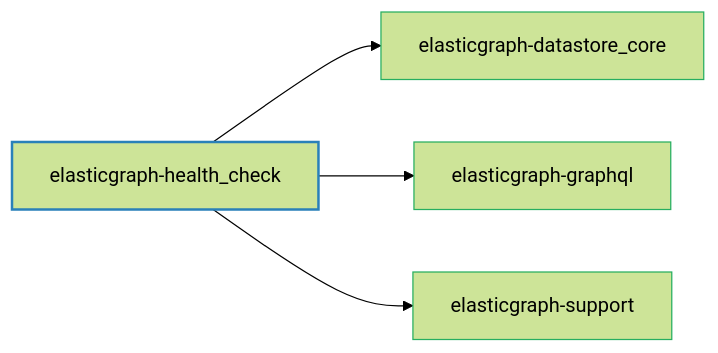
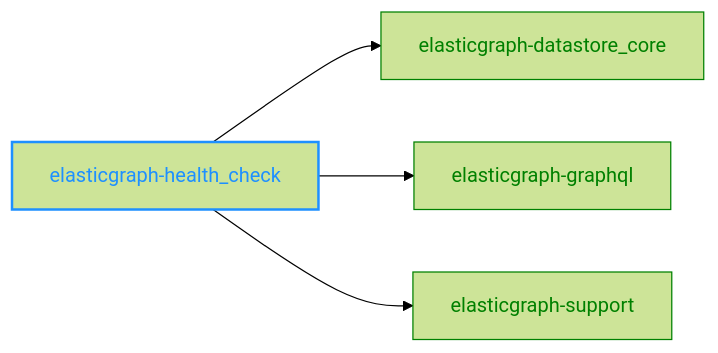
The diagram in elasticgraph-health_check/README.md (block/elasticgraph), drawn with Mermaid (forest theme) before and after one commit. The commit also changed 23 other files, not shown here.

````diff
--- a/elasticgraph-health_check/README.md
+++ b/elasticgraph-health_check/README.md
@@ -27,14 +27,14 @@
 ```mermaid
 graph LR;
     elasticgraph-health_check["elasticgraph-health_check"];
     elasticgraph-datastore_core["elasticgraph-datastore_core"];
     elasticgraph-health_check --> elasticgraph-datastore_core;
     elasticgraph-graphql["elasticgraph-graphql"];
     elasticgraph-health_check --> elasticgraph-graphql;
     elasticgraph-support["elasticgraph-support"];
     elasticgraph-health_check --> elasticgraph-support;
-    style elasticgraph-health_check fill:#lightblue,stroke:#2980b9,stroke-width:2px,color:#000;
-    style elasticgraph-datastore_core fill:#lightgreen,stroke:#27ae60,stroke-width:1px,color:#000;
-    style elasticgraph-graphql fill:#lightgreen,stroke:#27ae60,stroke-width:1px,color:#000;
-    style elasticgraph-support fill:#lightgreen,stroke:#27ae60,stroke-width:1px,color:#000;
+    style elasticgraph-health_check color:DodgerBlue,stroke-width:2px,stroke:DodgerBlue;
+    style elasticgraph-datastore_core color:Green,stroke:Green;
+    style elasticgraph-graphql color:Green,stroke:Green;
+    style elasticgraph-support color:Green,stroke:Green;
 ```
````
